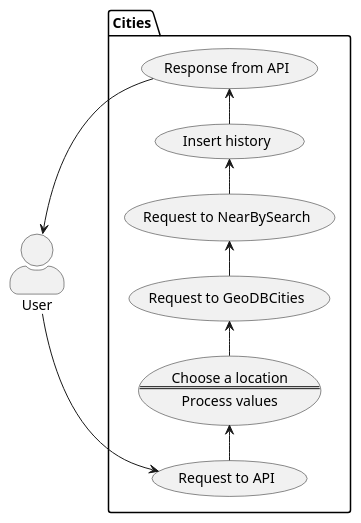
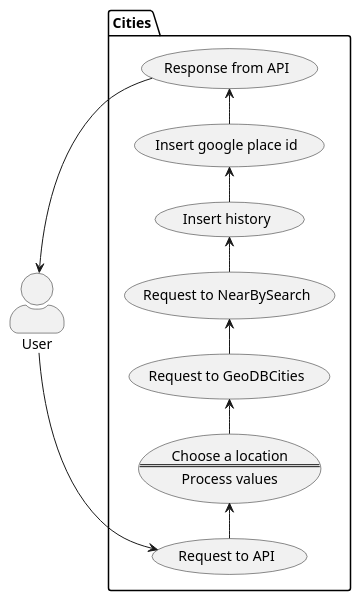
The diagram in figures/UseCases/Cities/index.pu (uuta/trander), drawn with PlantUML before and after one commit. The commit also changed 4 other files, not shown here.

```diff
--- a/figures/UseCases/Cities/index.pu
+++ b/figures/UseCases/Cities/index.pu
@@ -1,27 +1,30 @@
 @startuml Cities
 skinparam actorStyle awesome
 left to right direction
 actor "User" as u
 package Cities {
   usecase "Request to API" as UC1
   usecase UC2 as "
   Choose a location
   ==
   Process values"
   usecase UC3 as "
   Request to GeoDBCities"
   usecase UC4 as "
   Request to NearBySearch"
   usecase UC5 as "
   Insert history"
-  usecase "Response from API" as UC6
+  usecase UC6 as "
+  Insert google place id"
+  usecase "Response from API" as UC7
 }
 
 u --> UC1
 UC1 -> UC2
 UC2 -> UC3
 UC3 -> UC4
 UC4 -> UC5
 UC5 -> UC6
-u <-- UC6
+UC6 -> UC7
+u <-- UC7
 @enduml
```
